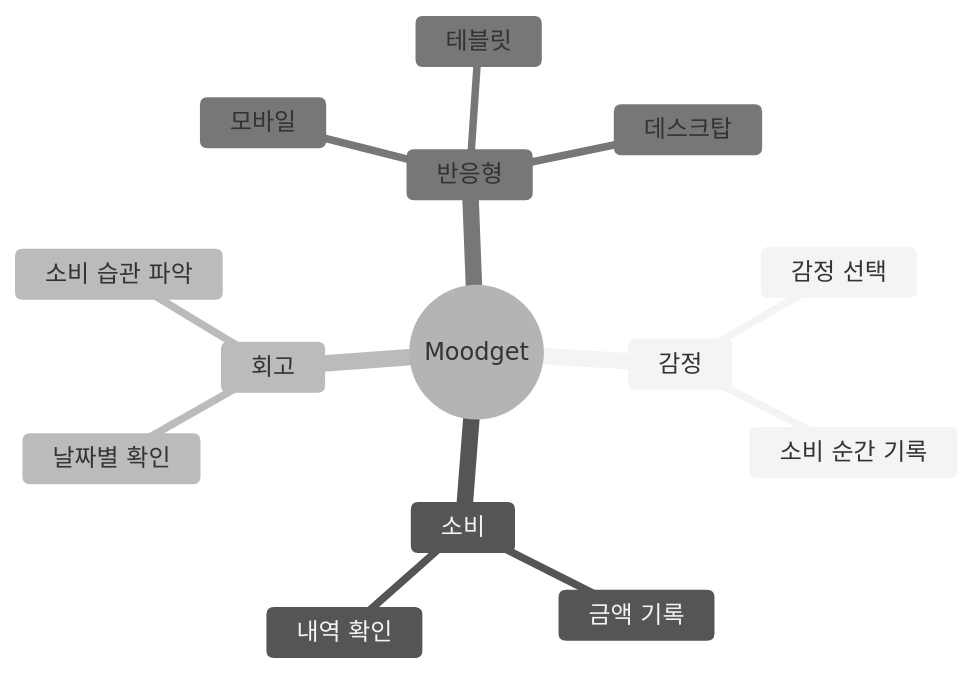
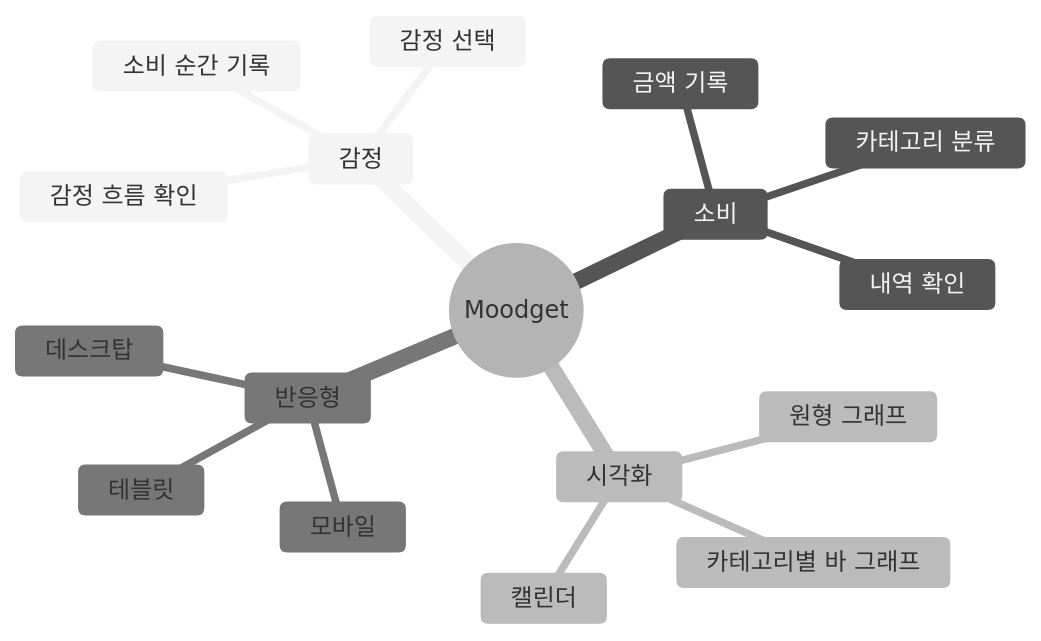
The fourth of 5 diagrams in README.md (hyunjaeha/moodget), drawn with Mermaid (neutral theme) before and after one commit. The commit also changed other lines of this file, not shown here.

````diff
--- a/README.md
+++ b/README.md
@@ -125,17 +130,20 @@
 ```mermaid
 mindmap
   root((Moodget))
     감정
       감정 선택
       소비 순간 기록
+      감정 흐름 확인
     소비
       금액 기록
+      카테고리 분류
       내역 확인
-    회고
-      날짜별 확인
-      소비 습관 파악
+    시각화
+      원형 그래프
+      카테고리별 바 그래프
+      캘린더
     반응형
       모바일
       테블릿
       데스크탑
 ```
````
